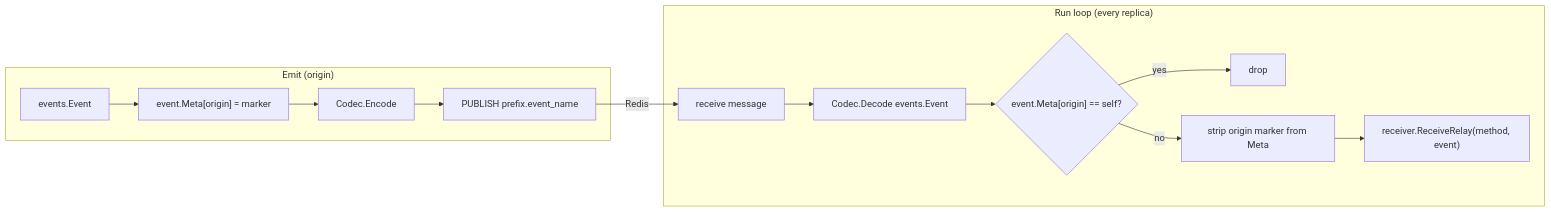
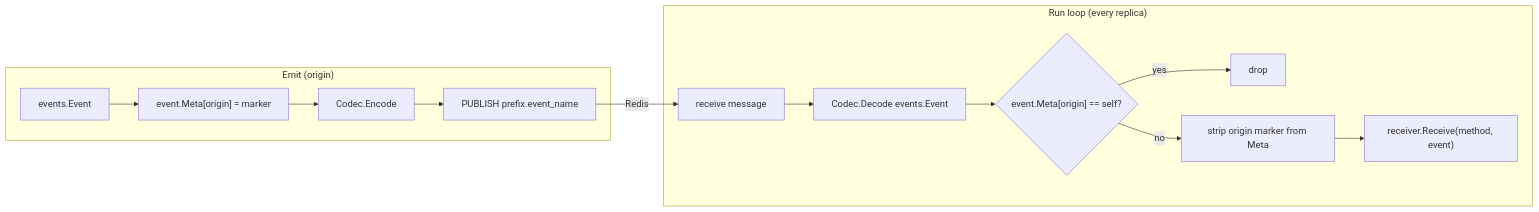
One commit to panyam/mcpkit changed diagram 12 of 22 in docs/MULTI_REPLICA.md. Above: the diagram before and after it, drawn with Mermaid. The commit also changed other lines of this file and 15 other files, not shown here.

````diff
--- a/docs/MULTI_REPLICA.md
+++ b/docs/MULTI_REPLICA.md
@@ -320,22 +320,22 @@
 ```mermaid
 flowchart LR
     subgraph "Emit (origin)"
         P1["events.Event"]
         P2["event.Meta[origin] = marker"]
         P3[Codec.Encode]
         P4["PUBLISH prefix.event_name"]
         P1 --> P2 --> P3 --> P4
     end
     P4 -->|Redis| S1
     subgraph "Run loop (every replica)"
         S1[receive message]
         S2[Codec.Decode events.Event]
         S3{"event.Meta[origin] == self?"}
         S4[drop]
         S5["strip origin marker from Meta"]
-        S6["receiver.ReceiveRelay(method, event)"]
+        S6["receiver.Receive(method, event)"]
         S1 --> S2 --> S3
         S3 -->|yes| S4
         S3 -->|no| S5 --> S6
     end
 ```
````
